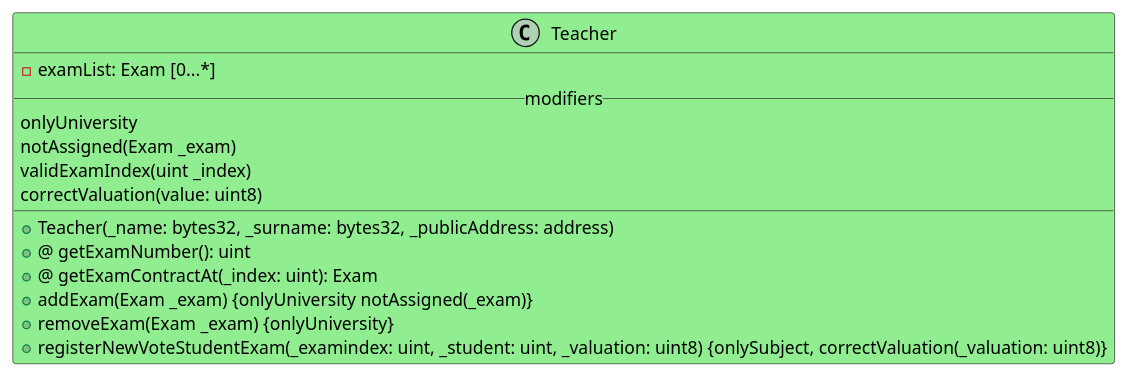
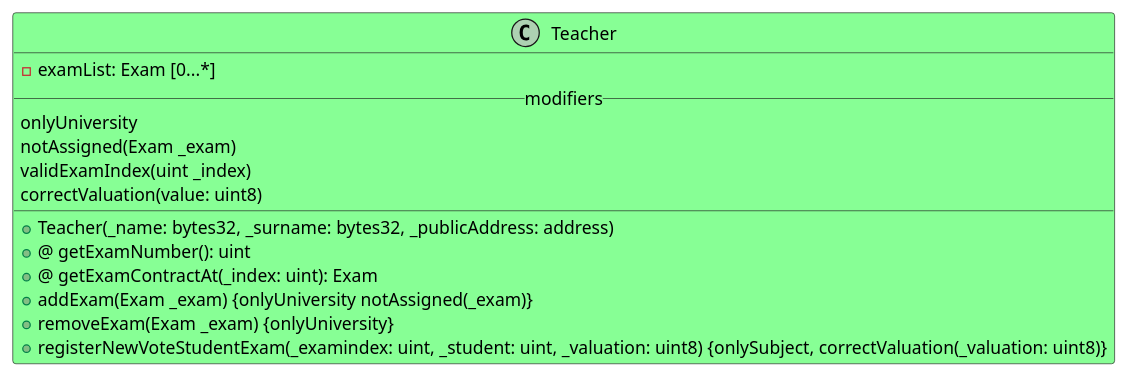
The diagram in Solidity/Contracts/Teacher.iuml (M9k/Marvin-Uml), drawn with PlantUML before and after one commit. The commit also changed 9 other files, not shown here.

```diff
--- a/Solidity/Contracts/Teacher.iuml
+++ b/Solidity/Contracts/Teacher.iuml
@@ -1,18 +1,18 @@
 @startuml
 
-class Teacher #LightGreen {
+class Teacher #87FF95 {
 - examList: Exam [0...*]
 __modifiers__
 onlyUniversity
 notAssigned(Exam _exam)
 validExamIndex(uint _index)
 correctValuation(value: uint8)
 __
 + Teacher(_name: bytes32, _surname: bytes32, _publicAddress: address)
 +@ getExamNumber(): uint
 +@ getExamContractAt(_index: uint): Exam
 + addExam(Exam _exam) {onlyUniversity notAssigned(_exam)}
 + removeExam(Exam _exam) {onlyUniversity}
 + registerNewVoteStudentExam(_examindex: uint, _student: uint, _valuation: uint8) {onlySubject, correctValuation(_valuation: uint8)}
 }
 @enduml
```
